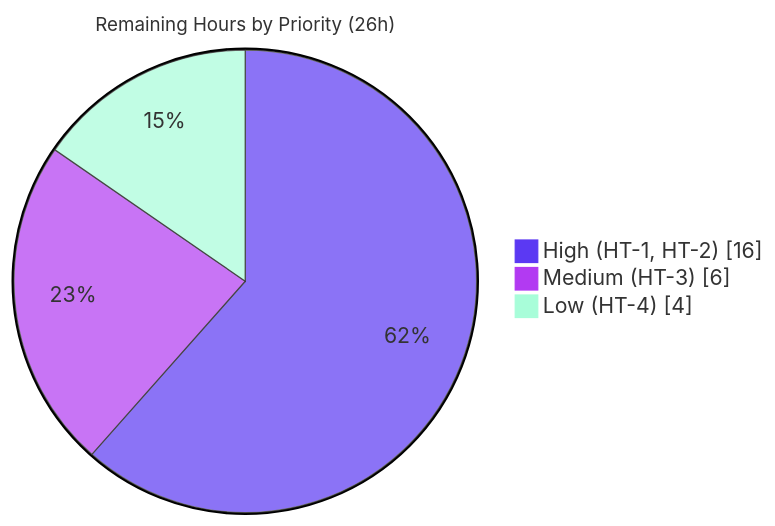
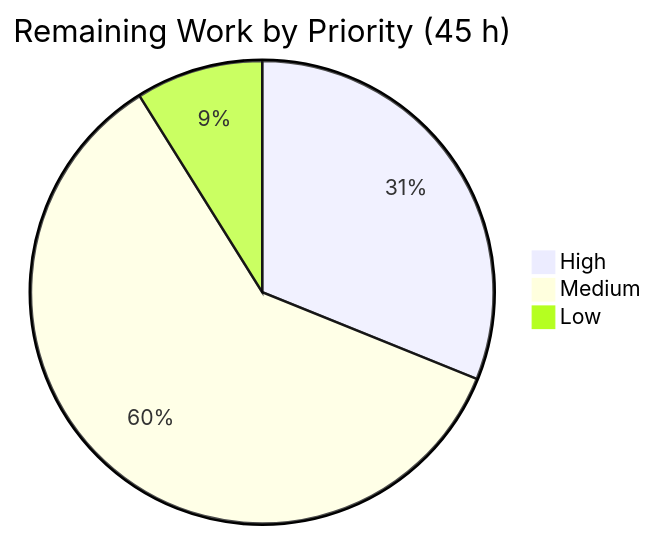
The third of 4 diagrams in blitzy/documentation/Project Guide.md (blitzy-public-samples/ardupilot-blitzy), drawn with Mermaid before and after one commit. The commit also changed other lines of this file, not shown here.

Commit message:
Adding Blitzy Project Guide: Project Status and Human Tasks Remaining

````diff
--- a/blitzy/documentation/Project Guide.md
+++ b/blitzy/documentation/Project Guide.md
@@ -296,7 +225,6 @@
 ```mermaid
-%%{init: {'theme':'base','themeVariables':{'pie1':'#5B39F3','pie2':'#B23AF2','pie3':'#A8FDD9','pieStrokeColor':'#333333','pieStrokeWidth':'1px','pieTitleTextSize':'15px'}}}%%
-pie showData title Remaining Hours by Priority (26h)
-    "High (HT-1, HT-2)" : 16
-    "Medium (HT-3)" : 6
-    "Low (HT-4)" : 4
+pie title Remaining Work by Priority (45 h)
+    "High" : 14
+    "Medium" : 27
+    "Low" : 4
 ```
````
